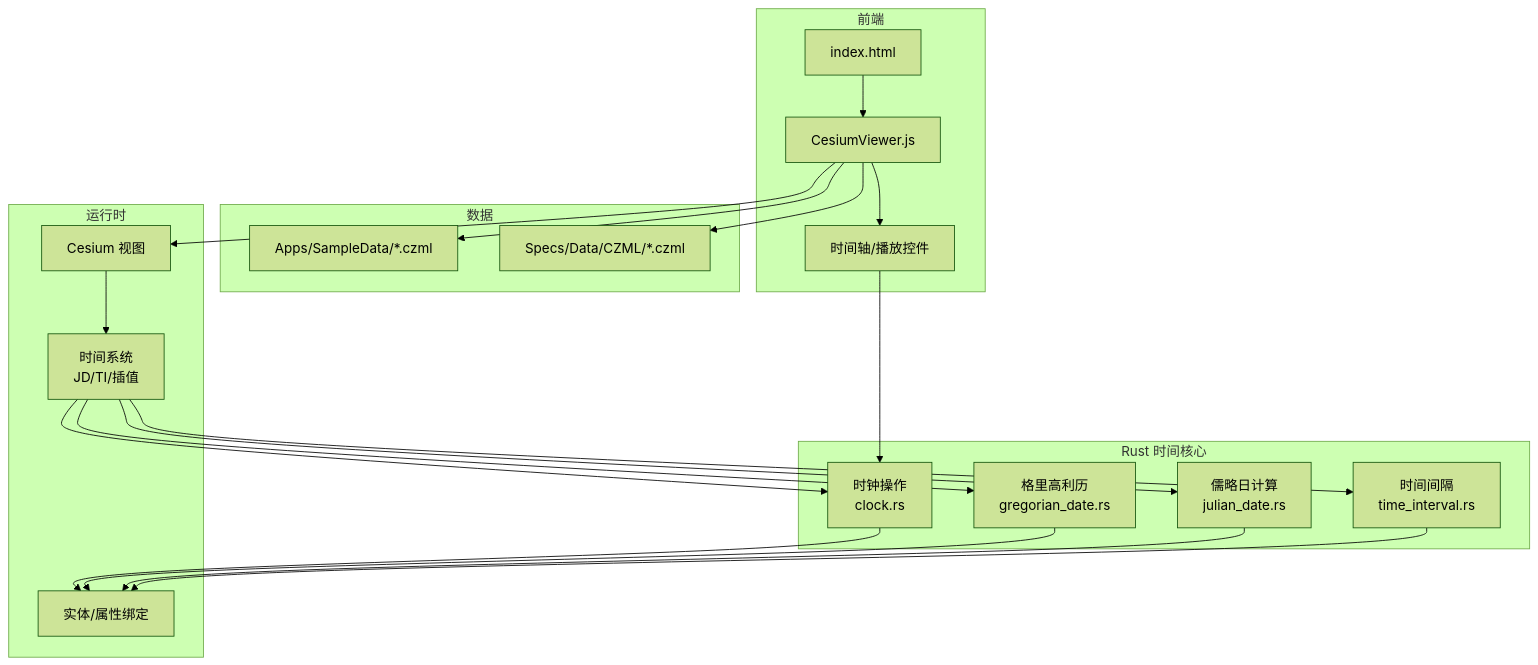
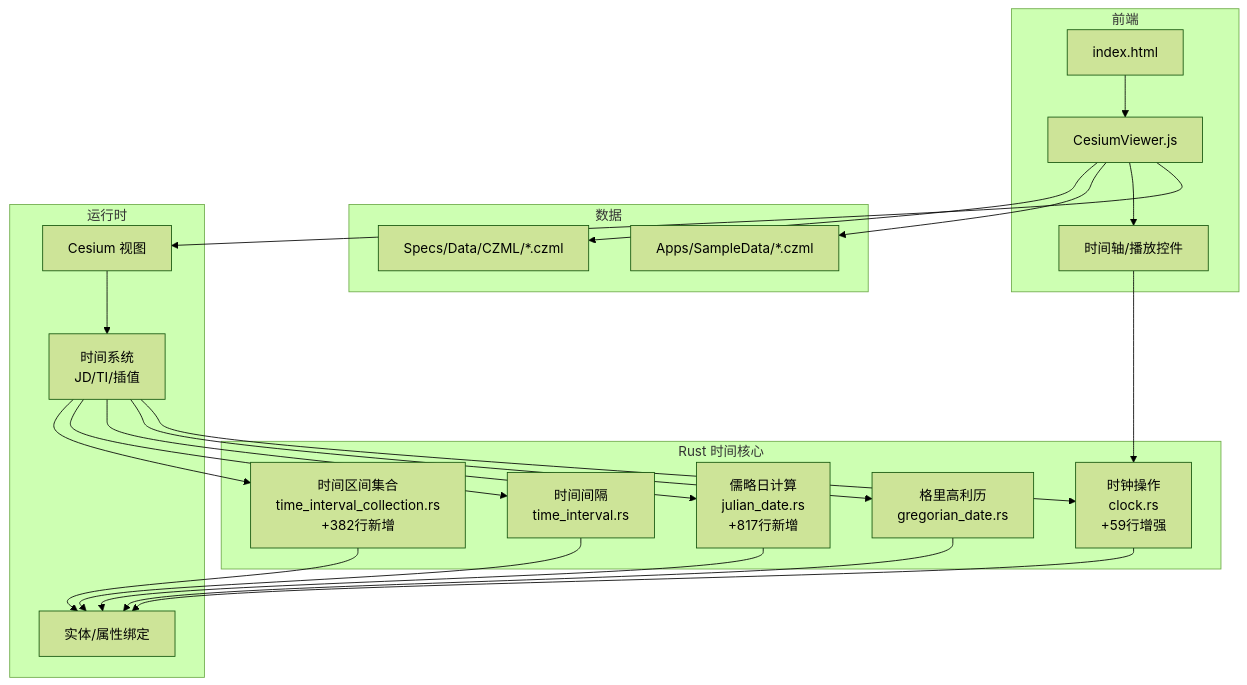
One commit to rzhangjing/cesium changed the second of 6 diagrams in .qoder/repowiki/zh/content/核心概念/时间管理系统/时间管理系统.md. Above: the diagram before and after it, drawn with Mermaid (forest theme). The commit also changed other lines of this file and 56 other files, not shown here.

````diff
--- a/.qoder/repowiki/zh/content/核心概念/时间管理系统/时间管理系统.md
+++ b/.qoder/repowiki/zh/content/核心概念/时间管理系统/时间管理系统.md
@@ -134,38 +140,41 @@
 ```mermaid
 graph TB
 subgraph "前端"
 HTML["index.html"]
 JS["CesiumViewer.js"]
 UI["时间轴/播放控件"]
 end
 subgraph "数据"
 CZML1["Apps/SampleData/*.czml"]
 CZML2["Specs/Data/CZML/*.czml"]
 end
 subgraph "Rust 时间核心"
-Clock["时钟操作<br/>clock.rs"]
+Clock["时钟操作<br/>clock.rs<br/>+59行增强"]
 Gregorian["格里高利历<br/>gregorian_date.rs"]
-Julian["儒略日计算<br/>julian_date.rs"]
+Julian["儒略日计算<br/>julian_date.rs<br/>+817行新增"]
 Interval["时间间隔<br/>time_interval.rs"]
+Collection["时间区间集合<br/>time_interval_collection.rs<br/>+382行新增"]
 end
 subgraph "运行时"
 Viewer["Cesium 视图"]
 TimeSystem["时间系统<br/>JD/TI/插值"]
 Entities["实体/属性绑定"]
 end
 HTML --> JS
 JS --> Viewer
 JS --> UI
 JS --> CZML1
 JS --> CZML2
 Viewer --> TimeSystem
 TimeSystem --> Clock
 TimeSystem --> Gregorian
 TimeSystem --> Julian
 TimeSystem --> Interval
+TimeSystem --> Collection
 Clock --> Entities
 Gregorian --> Entities
 Julian --> Entities
 Interval --> Entities
+Collection --> Entities
 UI --> Clock
 ```
````
